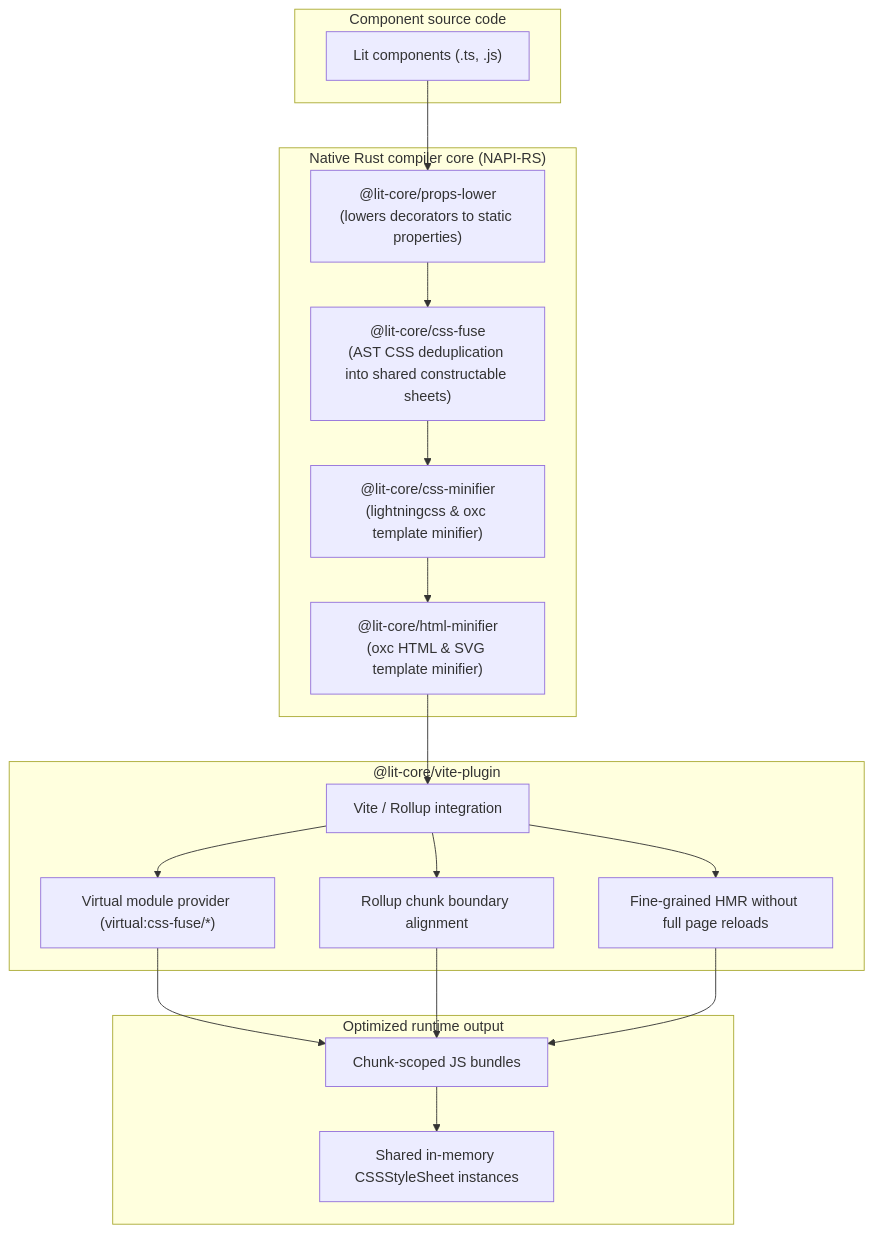
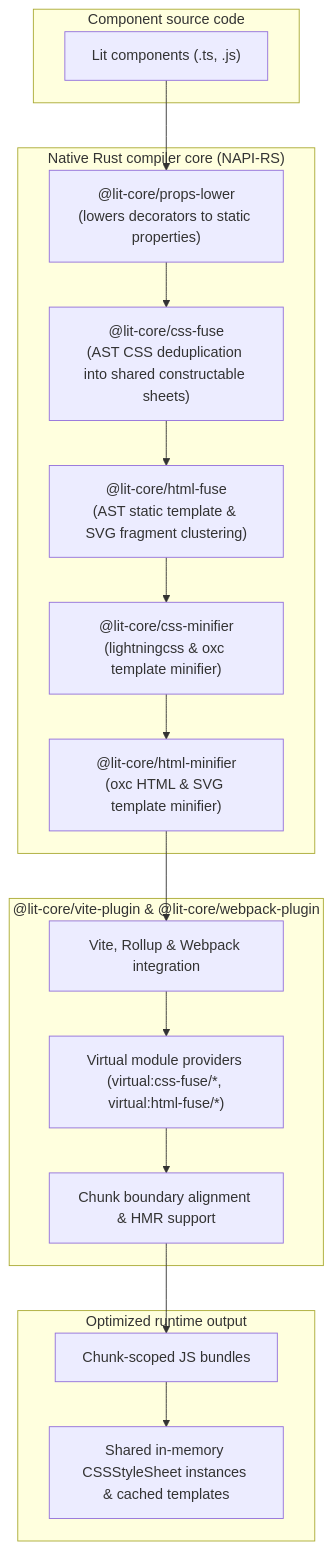
The diagram in README.md (lit-core/core), drawn with Mermaid before and after one commit. The commit also changed other lines of this file and 122 other files, not shown here.

Commit message:
feat: introduce html-aot package for ahead-of-time template compilation

````diff
--- a/README.md
+++ b/README.md
@@ -7,38 +7,36 @@
 ```mermaid
 flowchart TD
     subgraph Sources ["Component source code"]
         A["Lit components (.ts, .js)"]
     end
 
     subgraph NativeCore ["Native Rust compiler core (NAPI-RS)"]
         B["@lit-core/props-lower<br/>(lowers decorators to static properties)"]
         C["@lit-core/css-fuse<br/>(AST CSS deduplication into shared constructable sheets)"]
-        D["@lit-core/css-minifier<br/>(lightningcss & oxc template minifier)"]
-        E["@lit-core/html-minifier<br/>(oxc HTML & SVG template minifier)"]
+        D["@lit-core/html-fuse<br/>(AST static template & SVG fragment clustering)"]
+        E["@lit-core/css-minifier<br/>(lightningcss & oxc template minifier)"]
+        F["@lit-core/html-minifier<br/>(oxc HTML & SVG template minifier)"]
     end
 
-    subgraph BundlerPlugin ["@lit-core/vite-plugin"]
-        F["Vite / Rollup integration"]
-        G["Virtual module provider (virtual:css-fuse/*)"]
-        H["Rollup chunk boundary alignment"]
-        I["Fine-grained HMR without full page reloads"]
+    subgraph BundlerPlugin ["@lit-core/vite-plugin & @lit-core/webpack-plugin"]
+        G["Vite, Rollup & Webpack integration"]
+        H["Virtual module providers (virtual:css-fuse/*, virtual:html-fuse/*)"]
+        I["Chunk boundary alignment & HMR support"]
     end
 
     subgraph Output ["Optimized runtime output"]
         J["Chunk-scoped JS bundles"]
-        K["Shared in-memory CSSStyleSheet instances"]
+        K["Shared in-memory CSSStyleSheet instances & cached templates"]
     end
 
     A --> B
     B --> C
     C --> D
     D --> E
     E --> F
     F --> G
-    F --> H
-    F --> I
-    G --> J
-    H --> J
+    G --> H
+    H --> I
     I --> J
     J --> K
 ```
````
